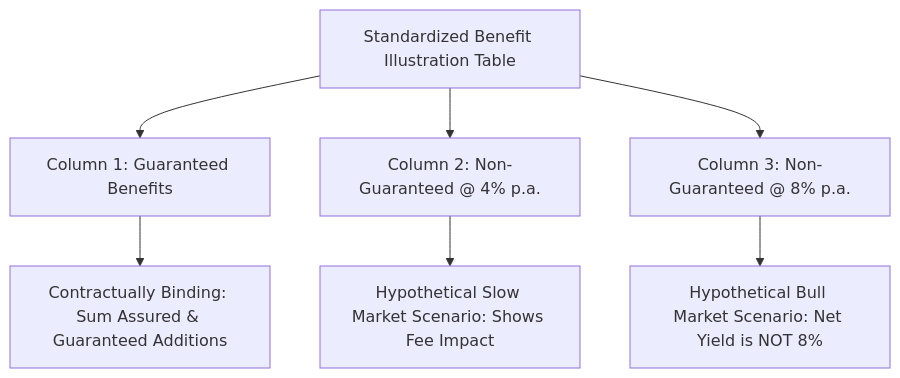
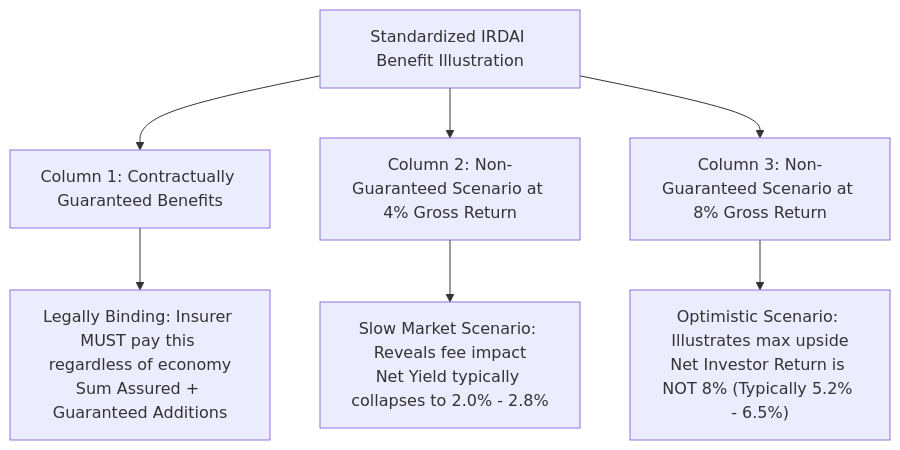
Before and after one commit to chirag127/cover-and-capital-india: the diagram in src/content/articles/how-to-read-benefit-illustration.mdx, drawn with Mermaid. The commit also changed other lines of this file and 19 other files, not shown here.

Commit message:
feat: expand cornerstone guides with deep problem-solving analysis, Policybazaar plan breakdowns, and Mermaid renderer

````diff
--- a/src/content/articles/how-to-read-benefit-illustration.mdx
+++ b/src/content/articles/how-to-read-benefit-illustration.mdx
@@ -51,9 +73,10 @@
 ```mermaid
 flowchart TD
-    BI[Standardized Benefit Illustration Table] --> ColA[Column 1: Guaranteed Benefits]
-    BI --> ColB[Column 2: Non-Guaranteed @ 4% p.a.]
-    BI --> ColC[Column 3: Non-Guaranteed @ 8% p.a.]
-    ColA --> VerifyA[Contractually Binding: Sum Assured & Guaranteed Additions]
-    ColB --> VerifyB[Hypothetical Slow Market Scenario: Shows Fee Impact]
-    ColC --> VerifyC[Hypothetical Bull Market Scenario: Net Yield is NOT 8%]
+    BI["Standardized IRDAI Benefit Illustration"] --> Col1["Column 1: Contractually Guaranteed Benefits"]
+    BI --> Col2["Column 2: Non-Guaranteed Scenario at 4% Gross Return"]
+    BI --> Col3["Column 3: Non-Guaranteed Scenario at 8% Gross Return"]
+    
+    Col1 --> C1Rule["Legally Binding: Insurer MUST pay this regardless of economy<br/>Sum Assured + Guaranteed Additions"]
+    Col2 --> C2Rule["Slow Market Scenario: Reveals fee impact<br/>Net Yield typically collapses to 2.0% - 2.8%"]
+    Col3 --> C3Rule["Optimistic Scenario: Illustrates max upside<br/>Net Investor Return is NOT 8% (Typically 5.2% - 6.5%)"]
 ```
````
